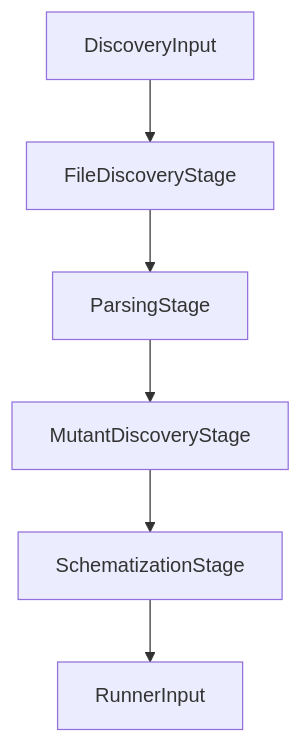
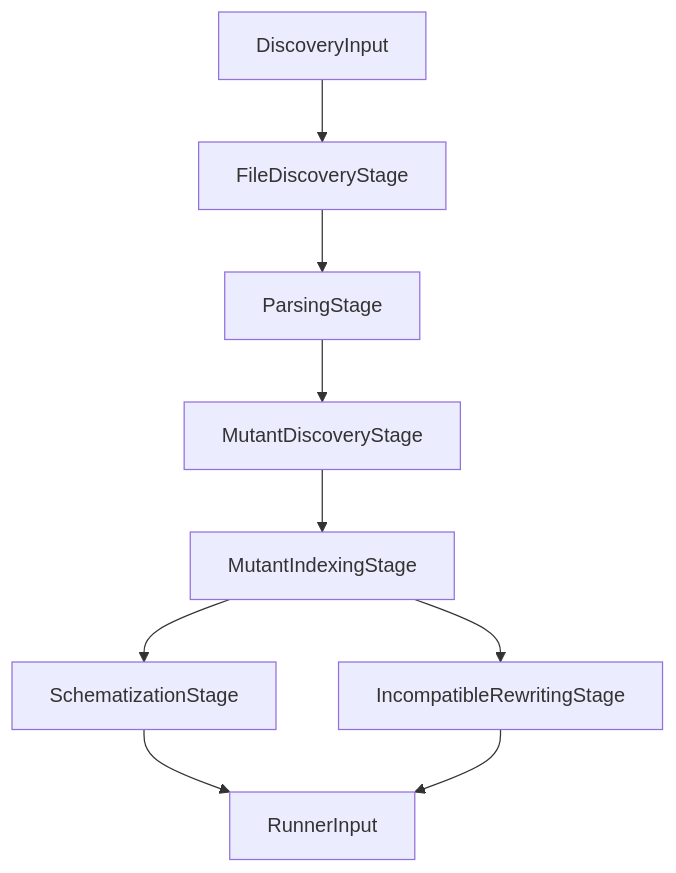
One commit to ericodx/swift-mutation-testing changed the diagram in Docs/Architecture/02-discovery.md. Above: the diagram before and after it, drawn with Mermaid. The commit also changed other lines of this file and 5 other files, not shown here.

Commit message:
docs: update architecture documentation

````diff
--- a/Docs/Architecture/02-discovery.md
+++ b/Docs/Architecture/02-discovery.md
@@ -11,8 +11,11 @@
 ```mermaid
 flowchart TD
     IN[DiscoveryInput] --> FD[FileDiscoveryStage]
     FD --> PA[ParsingStage]
     PA --> MD[MutantDiscoveryStage]
-    MD --> SC[SchematizationStage]
+    MD --> MI[MutantIndexingStage]
+    MI --> SC[SchematizationStage]
+    MI --> IR[IncompatibleRewritingStage]
     SC --> OUT[RunnerInput]
+    IR --> OUT
 ```
````
